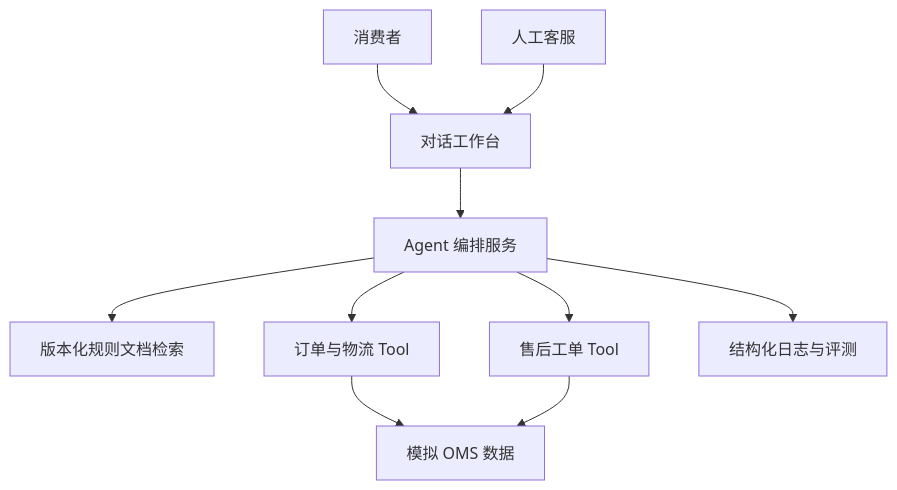
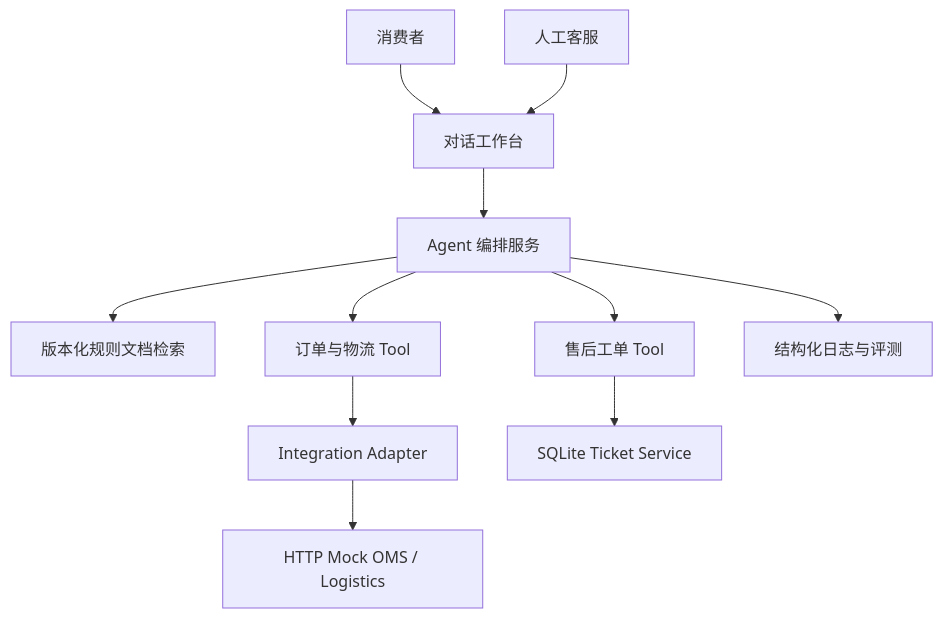
Before and after one commit to jonji886/ai-support-delivery: the diagram in SPEC.md, drawn with Mermaid. The commit also changed other lines of this file and 36 other files, not shown here.

````diff
--- a/SPEC.md
+++ b/SPEC.md
@@ -99,12 +99,13 @@
 ```mermaid
 flowchart TB
   U[消费者] --> W[对话工作台]
   C[人工客服] --> W
   W --> A[Agent 编排服务]
   A --> R[版本化规则文档检索]
   A --> O[订单与物流 Tool]
   A --> T[售后工单 Tool]
-  O --> D[模拟 OMS 数据]
-  T --> D
+  O --> I[Integration Adapter]
+  I --> D[HTTP Mock OMS / Logistics]
+  T --> K[SQLite Ticket Service]
   A --> L[结构化日志与评测]
 ```
````
